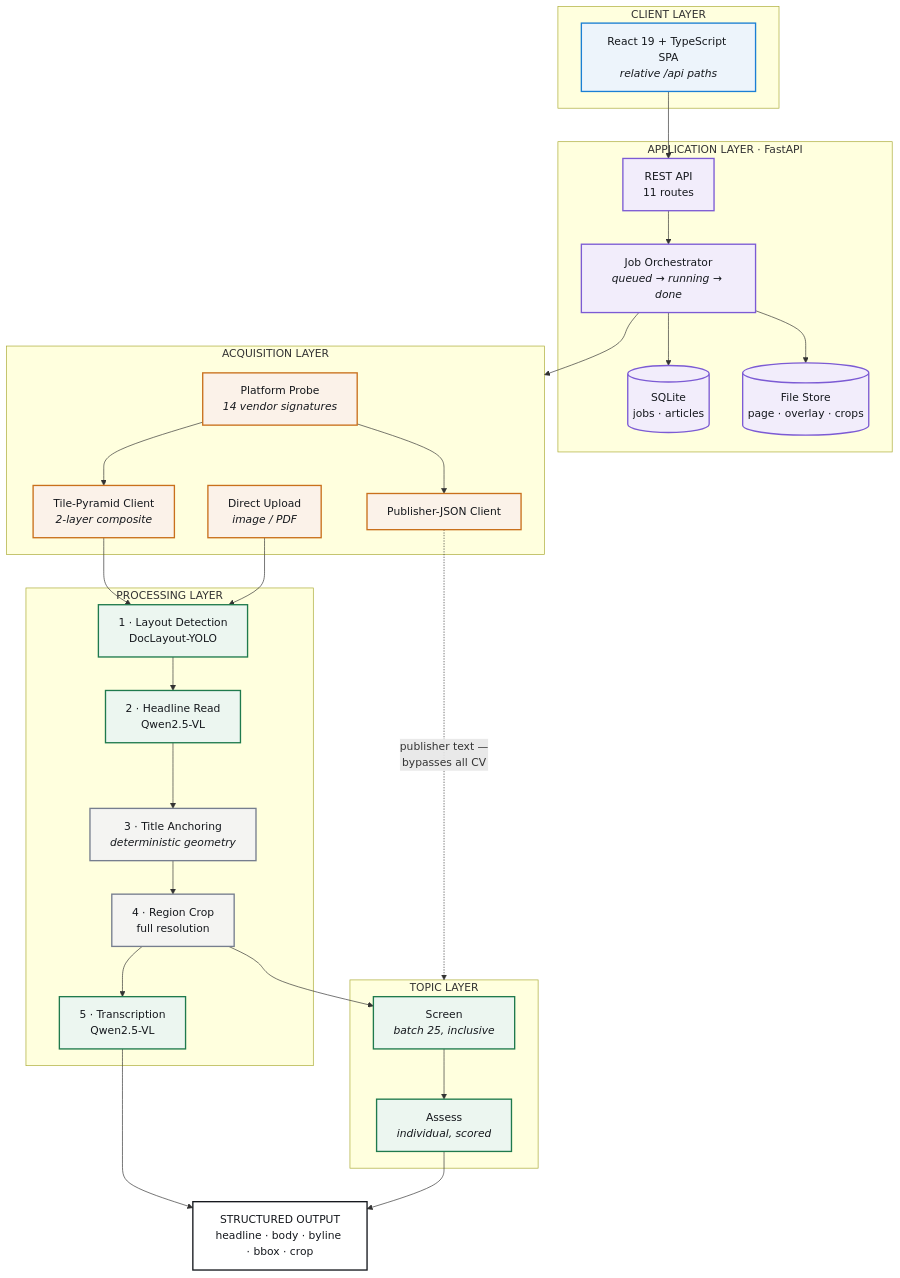
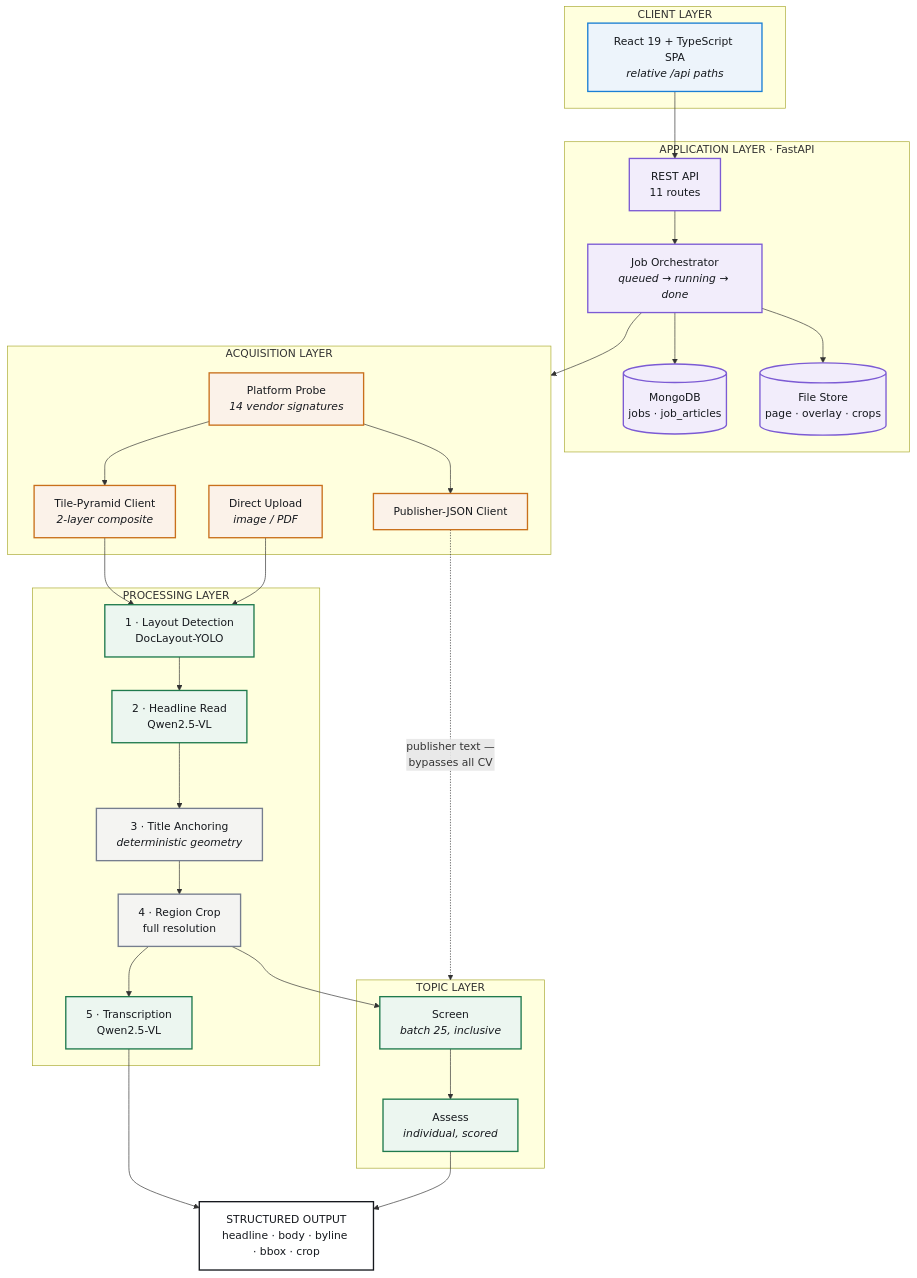
One commit to ashish-ratna-bcss/print_media_blura_saga changed the second of 4 diagrams in docs/ARCHITECTURE.md. Above: the diagram before and after it, drawn with Mermaid. The commit also changed other lines of this file and 64 other files, not shown here.

````diff
--- a/docs/ARCHITECTURE.md
+++ b/docs/ARCHITECTURE.md
@@ -118,65 +118,65 @@
 ```mermaid
 flowchart TB
   subgraph CLIENT["CLIENT LAYER"]
     UI["React 19 + TypeScript SPA<br/><i>relative /api paths</i>"]
   end
 
   subgraph APP["APPLICATION LAYER · FastAPI"]
     API["REST API<br/>11 routes"]
     ORCH["Job Orchestrator<br/><i>queued → running → done</i>"]
-    DB[("SQLite<br/>jobs · articles")]
+    DB[("MongoDB<br/>jobs · job_articles")]
     FS[("File Store<br/>page · overlay · crops")]
     API --> ORCH
     ORCH --> DB
     ORCH --> FS
   end
 
   subgraph ACQ["ACQUISITION LAYER"]
     PROBE["Platform Probe<br/><i>14 vendor signatures</i>"]
     SUMMIT["Publisher-JSON Client"]
     RW["Tile-Pyramid Client<br/><i>2-layer composite</i>"]
     UPL["Direct Upload<br/><i>image / PDF</i>"]
     PROBE --> SUMMIT
     PROBE --> RW
   end
 
   subgraph PROC["PROCESSING LAYER"]
     L1["1 · Layout Detection<br/>DocLayout-YOLO"]
     L2["2 · Headline Read<br/>Qwen2.5-VL"]
     L3["3 · Title Anchoring<br/><i>deterministic geometry</i>"]
     L4["4 · Region Crop<br/>full resolution"]
     L5["5 · Transcription<br/>Qwen2.5-VL"]
     L1 --> L2 --> L3 --> L4 --> L5
   end
 
   subgraph TOPIC["TOPIC LAYER"]
     T1["Screen<br/><i>batch 25, inclusive</i>"]
     T2["Assess<br/><i>individual, scored</i>"]
     T1 --> T2
   end
 
   OUT["STRUCTURED OUTPUT<br/>headline · body · byline · bbox · crop"]
 
   UI --> API
   ORCH --> ACQ
   SUMMIT -.->|"publisher text —<br/>bypasses all CV"| TOPIC
   RW --> L1
   UPL --> L1
   L5 --> OUT
   L4 --> T1
   T2 --> OUT
 
   classDef client fill:#EDF4FB,stroke:#1B7FD4,stroke-width:2px,color:#15181D
   classDef app fill:#F2EDFB,stroke:#7C5BD4,stroke-width:2px,color:#15181D
   classDef acq fill:#FBF2E9,stroke:#C9701C,stroke-width:2px,color:#15181D
   classDef gpu fill:#ECF6F0,stroke:#1F7A4D,stroke-width:2px,color:#15181D
   classDef cpu fill:#F4F4F2,stroke:#767E8E,stroke-width:2px,color:#15181D
   classDef out fill:#FFFFFF,stroke:#15181D,stroke-width:2px,color:#15181D
 
   class UI client
   class API,ORCH,DB,FS app
   class PROBE,SUMMIT,RW,UPL acq
   class L1,L2,L5,T1,T2 gpu
   class L3,L4 cpu
   class OUT out
 ```
````
